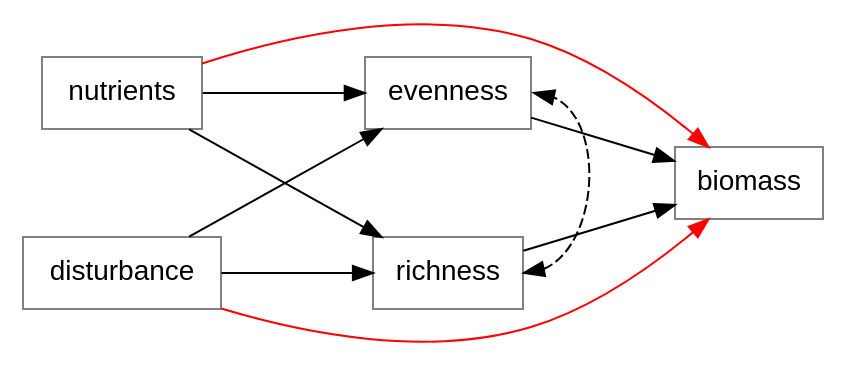
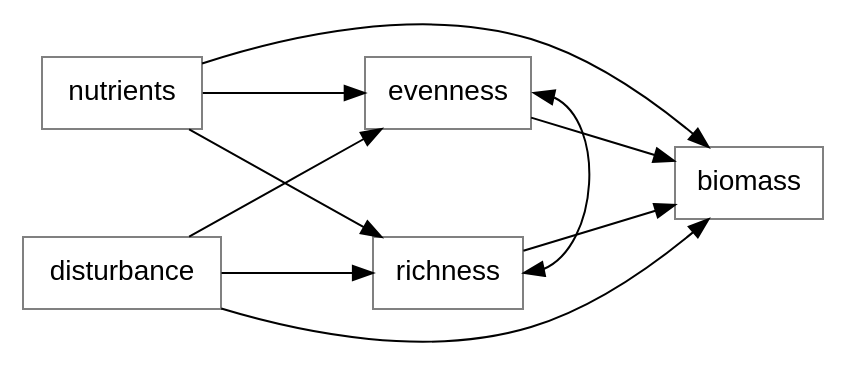
Diagram 31 of 32 in 5_Slides/Intro_to_SEM_part1.qmd (pennekampster/Swiss_SEM), drawn with Graphviz before and after one commit. The commit also changed other lines of this file and 4 other files, not shown here.

````diff
--- a/5_Slides/Intro_to_SEM_part1.qmd
+++ b/5_Slides/Intro_to_SEM_part1.qmd
@@ -1846,33 +1890,33 @@
 ```{dot}
-//| fig-width: 10
+//| fig-width: 3
 //| fig-height: 4
 
 digraph  {
 
    # a 'graph' statement
   graph [overlap = false, fontsize = 10, rankdir = LR, ranksep=1]
 
   # several 'node' statements
   node [shape = box,
         fontname = Helvetica, color="gray"]
   
         evenness, richness;
         nutrients;
-        disturbance;
+    disturbance;
 
     disturbance->richness;
     disturbance->evenness;
     nutrients->richness;
     nutrients->evenness;
-    disturbance -> biomass [color="red"];
-    nutrients -> biomass [color="red"];
+    disturbance -> biomass;
+    nutrients -> biomass;
 
-    evenness:e-> richness:e [dir=both; minlen=3; style="dashed"];
+    evenness:e-> richness:e [dir=both; minlen=3];
 
     evenness->biomass ;
     richness->biomass ;
   
  { rank="same"; nutrients; disturbance}
  { rank="same"; evenness; richness}
 }
 ```
````
